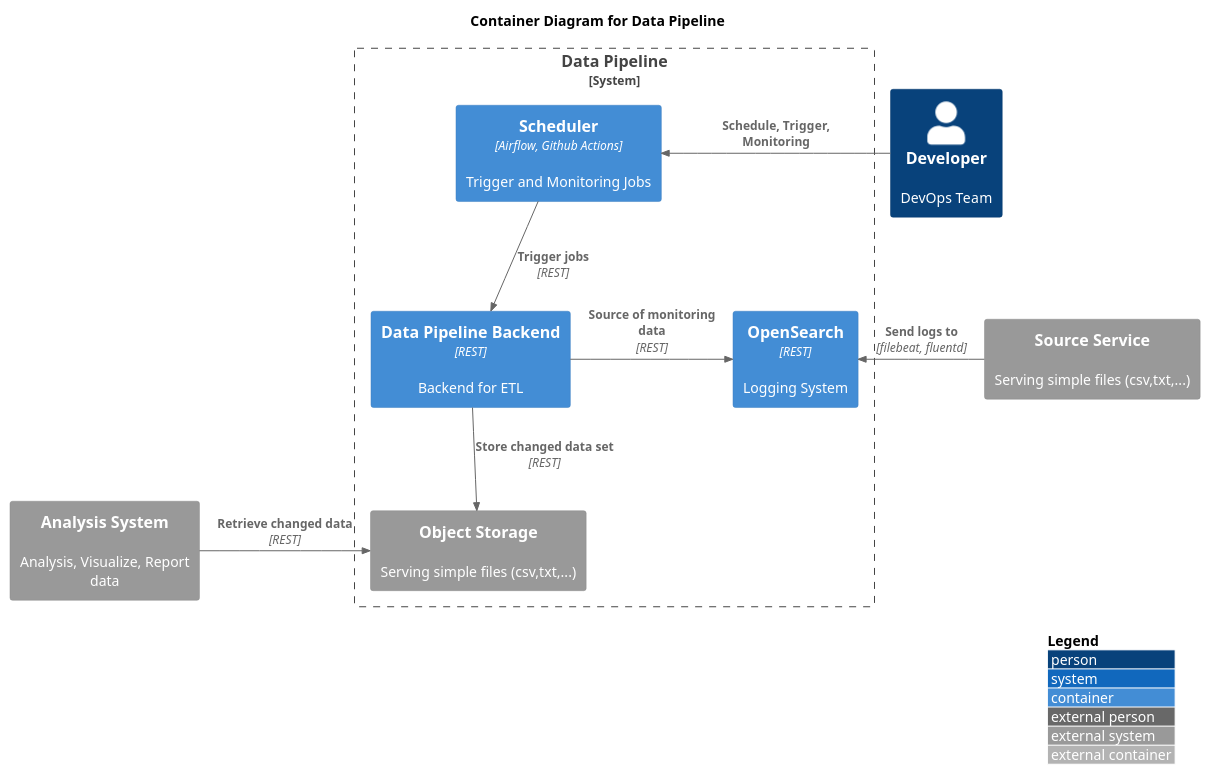
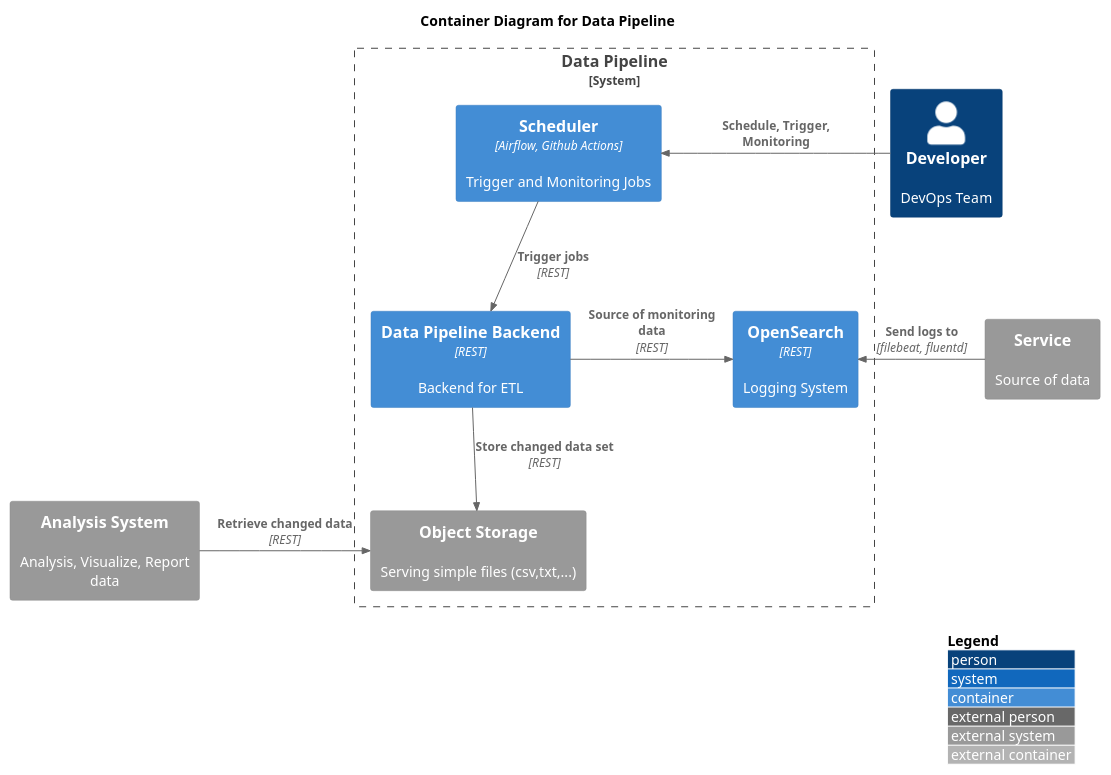
One commit to yanghoon/obsidian-workspace changed the second of 2 diagrams in _diary/2024-06-19.md. Above: the diagram before and after it, drawn with PlantUML. The commit also changed other lines of this file, not shown here.

Commit message:
vault backup: 2024-06-21 19:38:03

````diff
--- a/_diary/2024-06-19.md
+++ b/_diary/2024-06-19.md
@@ -24,26 +24,26 @@
 ```plantuml
 !include <C4/C4_Container.puml>
 
 LAYOUT_WITH_LEGEND()
 
 title Container Diagram for Data Pipeline
 
 ' DB, Web Server, Application, Redis
 
 Person(developer, "Developer", "DevOps Team")
 System_Ext(analysis, "Analysis System", "Analysis, Visualize, Report data")
 System_Boundary(app, "Data Pipeline") {
   Container(scheduler, "Scheduler", "Airflow, Github Actions", "Trigger and Monitoring Jobs")
   Container(backend, "Data Pipeline Backend", "REST", "Backend for ETL")
   Container(logging, "OpenSearch", "REST", "Logging System")
   System_Ext(object_storage, "Object Storage", "Serving simple files (csv,txt,...)")
 }
-System_Ext(service, "Source Service", "Serving simple files (csv,txt,...)")
+System_Ext(service, "Service", "Source of data")
 
 Rel_Right(analysis, object_storage, "Retrieve changed data", "REST")
 Rel_Right(backend, logging, "Source of monitoring data", "REST")
 Rel_Left(service, logging, "Send logs to", "filebeat, fluentd")
 Rel_Down(backend, object_storage, "Store changed data set", "REST")
 Rel_Down(scheduler, backend, "Trigger jobs", "REST")
 Rel_Left(developer, scheduler, "Schedule, Trigger, Monitoring")
 ```
````
